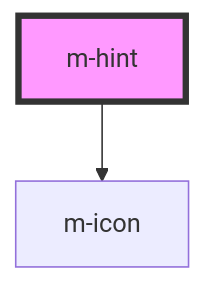
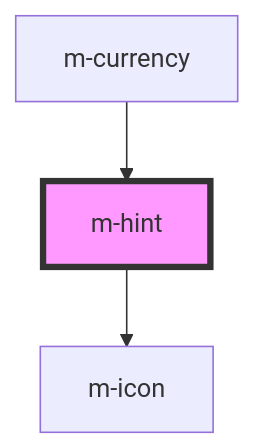
Before and after one commit to dynamic-framework/dynamic-ui: the diagram in design-system/src/components/m-hint/readme.md, drawn with Mermaid. The commit also changed other lines of this file and 2 other files, not shown here.

Commit message:
chore: add m-hint into m-currency component

````diff
--- a/design-system/src/components/m-hint/readme.md
+++ b/design-system/src/components/m-hint/readme.md
@@ -26,5 +30,6 @@
 ```mermaid
 graph TD;
   m-hint --> m-icon
+  m-currency --> m-hint
   style m-hint fill:#f9f,stroke:#333,stroke-width:4px
 ```
````
